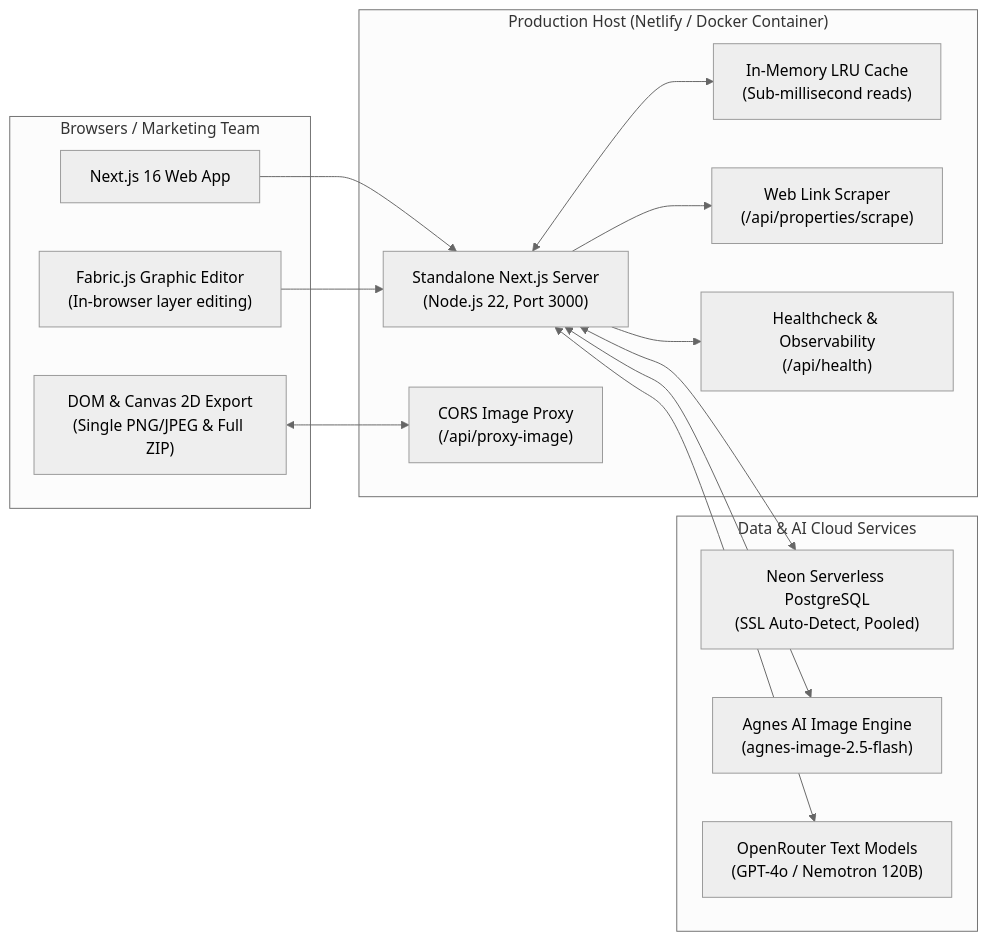
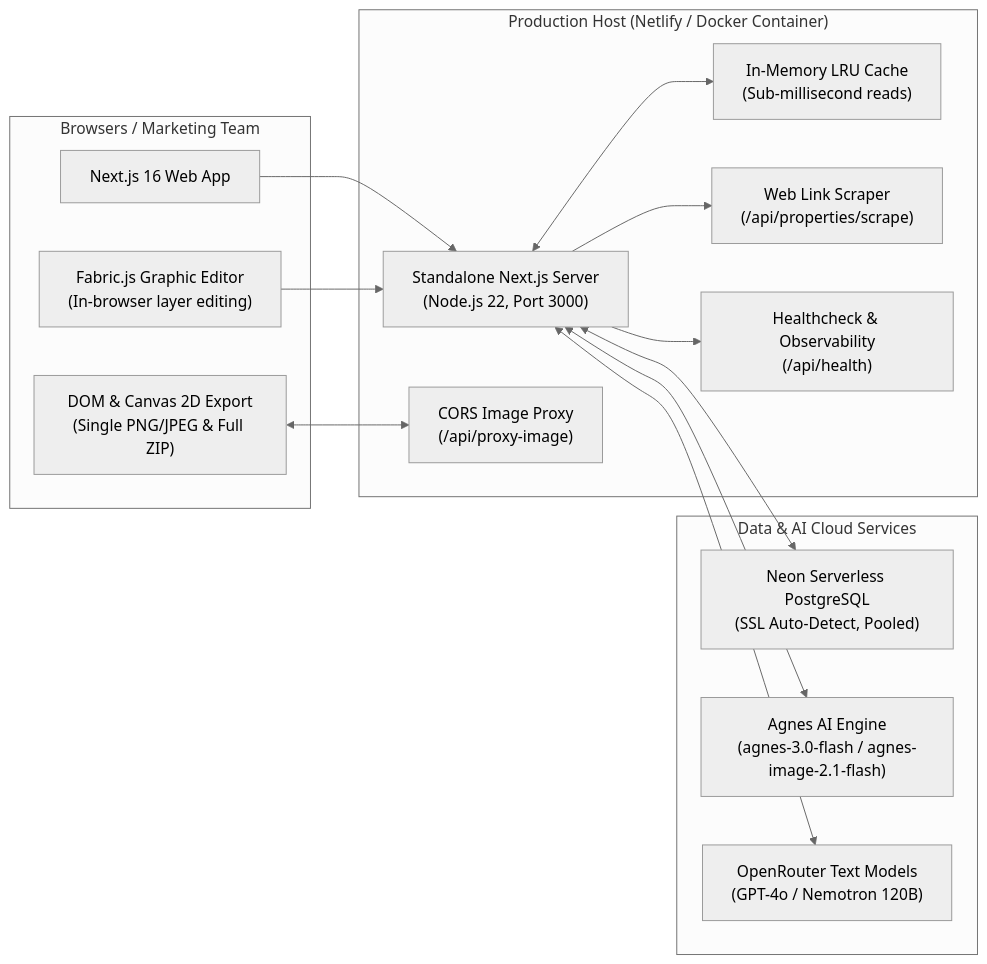
One commit to ABHI-MANDA/creative-arena changed the diagram in README-PROD.md. Above: the diagram before and after it, drawn with Mermaid (neutral theme). The commit also changed 23 other files, not shown here.

````diff
--- a/README-PROD.md
+++ b/README-PROD.md
@@ -9,32 +9,32 @@
 ```mermaid
 flowchart LR
     subgraph Clients["Browsers / Marketing Team"]
         UI["Next.js 16 Web App"]
         CanvasEditor["Fabric.js Graphic Editor\n(In-browser layer editing)"]
         ExportEngine["DOM & Canvas 2D Export\n(Single PNG/JPEG & Full ZIP)"]
     end
 
     subgraph ServerlessHost["Production Host (Netlify / Docker Container)"]
         App["Standalone Next.js Server\n(Node.js 22, Port 3000)"]
         LRUCache["In-Memory LRU Cache\n(Sub-millisecond reads)"]
         Scraper["Web Link Scraper\n(/api/properties/scrape)"]
         Proxy["CORS Image Proxy\n(/api/proxy-image)"]
         Health["Healthcheck & Observability\n(/api/health)"]
     end
 
     subgraph DataAI["Data & AI Cloud Services"]
         Neon["Neon Serverless PostgreSQL\n(SSL Auto-Detect, Pooled)"]
-        Agnes["Agnes AI Image Engine\n(agnes-image-2.5-flash)"]
+        Agnes["Agnes AI Engine\n(agnes-3.0-flash / agnes-image-2.1-flash)"]
         OpenRouter["OpenRouter Text Models\n(GPT-4o / Nemotron 120B)"]
     end
 
     UI --> App
     CanvasEditor --> App
     ExportEngine <--> Proxy
     App <--> LRUCache
     App --> Scraper
     App --> Health
     App <--> Neon
     App <--> Agnes
     App <--> OpenRouter
 ```
````
